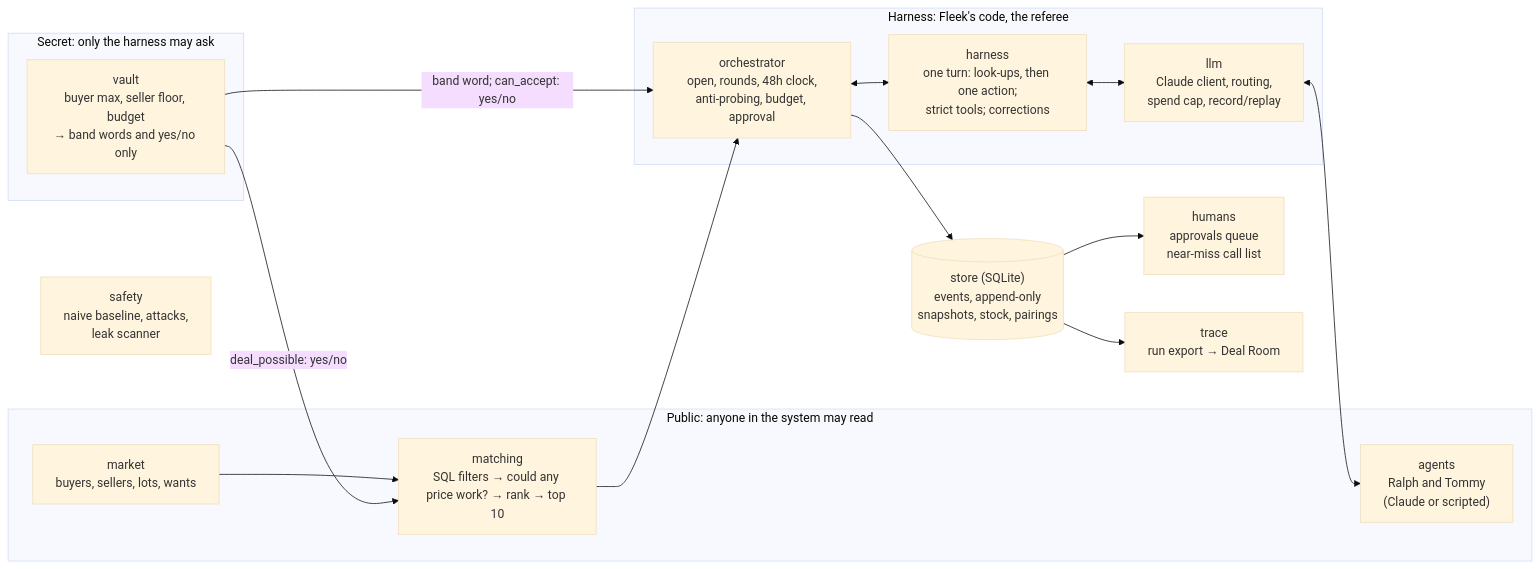
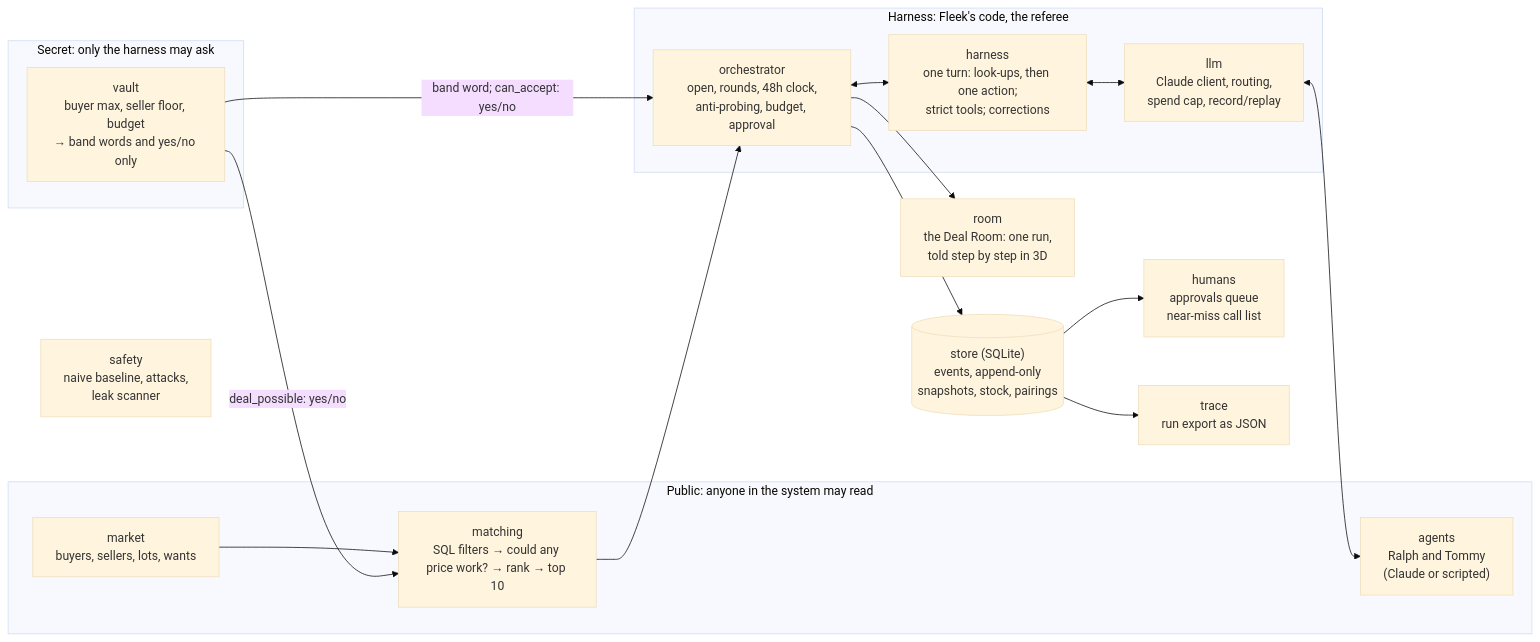
The diagram in docs/ARCHITECTURE.md (code-mohanprakash/ralph-and-tommy), drawn with Mermaid (base theme) before and after one commit. The commit also changed other lines of this file and 15 other files, not shown here.

First line of the commit message:
feat(room): Claude in the Deal Room, replayed or live, and the docs

````diff
--- a/docs/ARCHITECTURE.md
+++ b/docs/ARCHITECTURE.md
@@ -8,34 +8,36 @@
 ```mermaid
 flowchart LR
     subgraph public["Public: anyone in the system may read"]
         market["market<br/>buyers, sellers, lots, wants"]
         matching["matching<br/>SQL filters → could any price work? → rank → top 10"]
         agents["agents<br/>Ralph and Tommy<br/>(Claude or scripted)"]
     end
 
     subgraph harness["Harness: Fleek's code, the referee"]
         orchestrator["orchestrator<br/>open, rounds, 48h clock,<br/>anti-probing, budget, approval"]
         loop["harness<br/>one turn: look-ups, then one action;<br/>strict tools; corrections"]
         llm["llm<br/>Claude client, routing,<br/>spend cap, record/replay"]
     end
 
     subgraph secret["Secret: only the harness may ask"]
         vault["vault<br/>buyer max, seller floor, budget<br/>→ band words and yes/no only"]
     end
 
     store[("store (SQLite)<br/>events, append-only<br/>snapshots, stock, pairings")]
     people["humans<br/>approvals queue<br/>near-miss call list"]
     safety["safety<br/>naive baseline, attacks,<br/>leak scanner"]
-    trace["trace<br/>run export → Deal Room"]
+    trace["trace<br/>run export as JSON"]
+    room["room<br/>the Deal Room: one run,<br/>told step by step in 3D"]
 
     market --> matching
     vault -- "deal_possible: yes/no" --> matching
     matching --> orchestrator
     orchestrator <--> loop
     loop <--> llm
     llm <--> agents
     vault -- "band word; can_accept: yes/no" --> orchestrator
     orchestrator --> store
     store --> people
     store --> trace
+    orchestrator --> room
 ```
````
